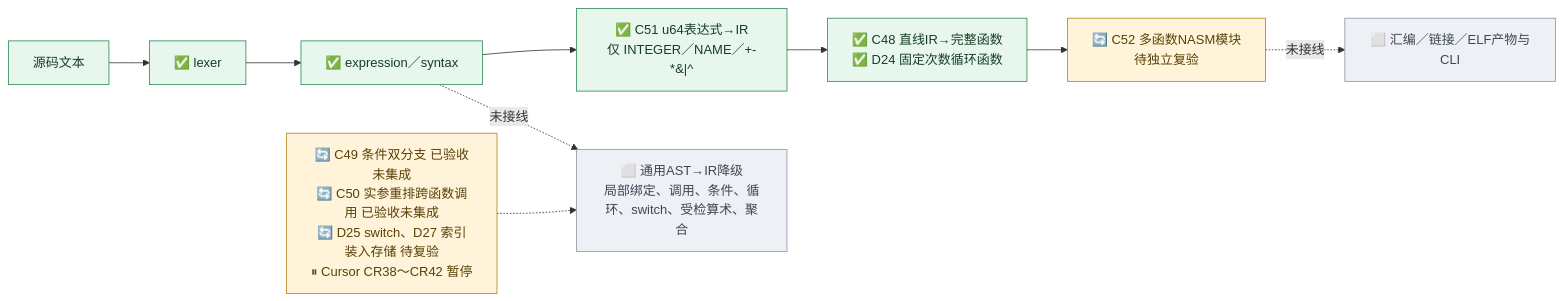
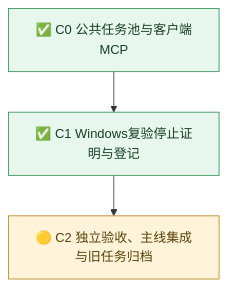
One commit to EDarcyWong/dongos changed the third of 3 diagrams in coordination/dongos_works/progress-map.md. Above: the diagram before and after it, drawn with Mermaid. The commit also changed other lines of this file and 86 other files, not shown here.

````diff
--- a/coordination/dongos_works/progress-map.md
+++ b/coordination/dongos_works/progress-map.md
@@ -71,16 +381,13 @@
 ```mermaid
-flowchart LR
-    SRC["源码文本"] --> LEX["✅ lexer"] --> PARSE["✅ expression／syntax"]
-    PARSE --> LOWER["✅ C51 u64表达式→IR<br/>仅 INTEGER／NAME／+-*&|^"]
-    LOWER --> FUNC["✅ C48 直线IR→完整函数<br/>✅ D24 固定次数循环函数"]
-    FUNC --> MOD["🔄 C52 多函数NASM模块<br/>待独立复验"]
-    MOD -. 未接线 .-> TOOL["⬜ 汇编／链接／ELF产物与CLI"]
-    PARSE -. 未接线 .-> GEN["⬜ 通用AST→IR降级<br/>局部绑定、调用、条件、循环、switch、受检算术、聚合"]
-    BR["🔄 C49 条件双分支 已验收未集成<br/>🔄 C50 实参重排跨函数调用 已验收未集成<br/>🔄 D25 switch、D27 索引装入存储 待复验<br/>⏸ Cursor CR38～CR42 暂停"] -.-> GEN
+flowchart TD
+    C0["✅ C0 公共任务池与客户端MCP"]
+    C1["✅ C1 Windows复验停止证明与登记"]
+    C0 --> C1
+    C2["🟡 C2 独立验收、主线集成与旧任务归档"]
+    C1 --> C2
     classDef complete fill:#e7f7ed,stroke:#2f8a53,color:#183d26;
     classDef partial fill:#fff4d9,stroke:#b58516,color:#594108;
     classDef pending fill:#edf0f5,stroke:#8b96a8,color:#3d4654;
-    class SRC,LEX,PARSE,LOWER,FUNC complete;
-    class MOD,BR partial;
-    class TOOL,GEN pending;
+    class C0,C1 complete;
+    class C2 partial;
 ```
````
